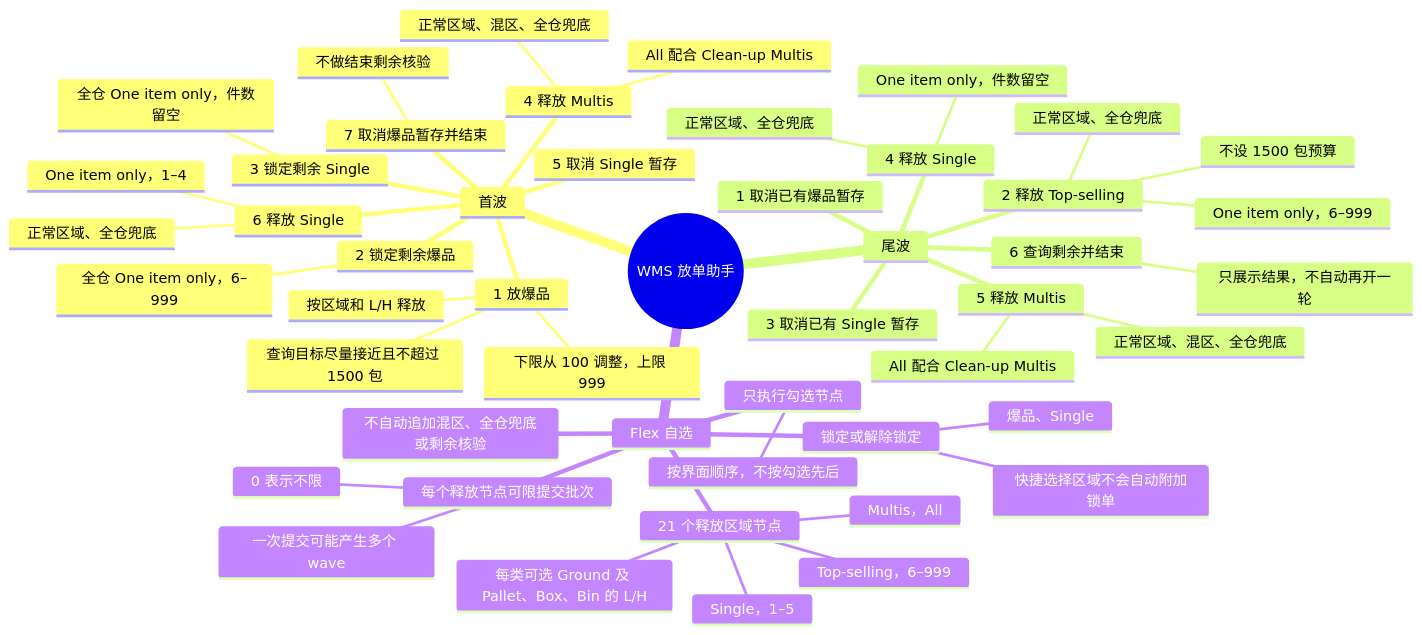
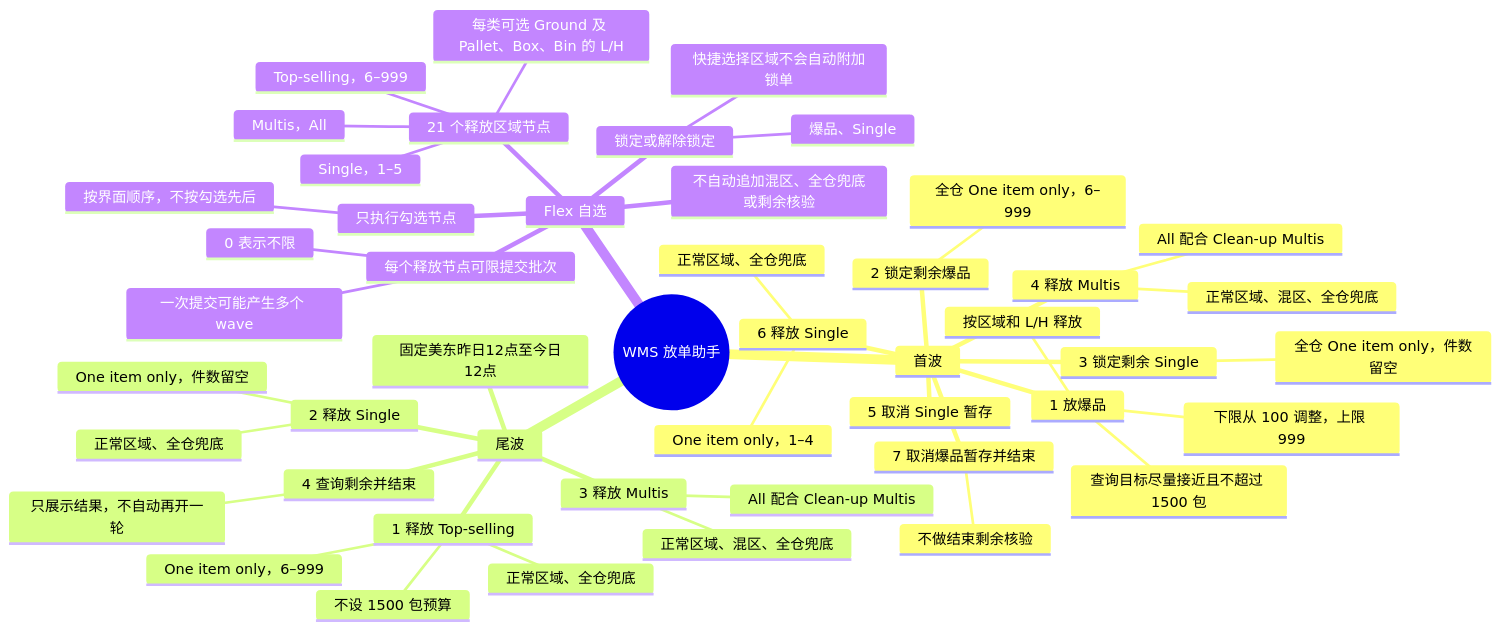
Before and after one commit to DongChenGG/GUC_WaveConsolidation: the first of 2 diagrams in README.md, drawn with Mermaid. The commit also changed other lines of this file and 2 other files, not shown here.

Commit message:
v0.8.1: tail cutoff, Flex reserve flow and process cleanup

````diff
--- a/README.md
+++ b/README.md
@@ -45,52 +51,51 @@
 ```mermaid
 mindmap
   root((WMS 放单助手))
     首波
       1 放爆品
         查询目标尽量接近且不超过 1500 包
         下限从 100 调整，上限 999
         按区域和 L/H 释放
       2 锁定剩余爆品
         全仓 One item only，6–999
       3 锁定剩余 Single
         全仓 One item only，件数留空
       4 释放 Multis
         All 配合 Clean-up Multis
         正常区域、混区、全仓兜底
       5 取消 Single 暂存
       6 释放 Single
         One item only，1–4
         正常区域、全仓兜底
       7 取消爆品暂存并结束
         不做结束剩余核验
     尾波
-      1 取消已有爆品暂存
-      2 释放 Top-selling
+      固定美东昨日12点至今日12点
+      1 释放 Top-selling
         One item only，6–999
         正常区域、全仓兜底
         不设 1500 包预算
-      3 取消已有 Single 暂存
-      4 释放 Single
+      2 释放 Single
         One item only，件数留空
         正常区域、全仓兜底
-      5 释放 Multis
+      3 释放 Multis
         All 配合 Clean-up Multis
         正常区域、混区、全仓兜底
-      6 查询剩余并结束
+      4 查询剩余并结束
         只展示结果，不自动再开一轮
     Flex 自选
       只执行勾选节点
         按界面顺序，不按勾选先后
       锁定或解除锁定
         爆品、Single
         快捷选择区域不会自动附加锁单
       21 个释放区域节点
         Top-selling，6–999
         Single，1–5
         Multis，All
         每类可选 Ground 及 Pallet、Box、Bin 的 L/H
       每个释放节点可限提交批次
         0 表示不限
         一次提交可能产生多个 wave
       不自动追加混区、全仓兜底或剩余核验
 ```
````
